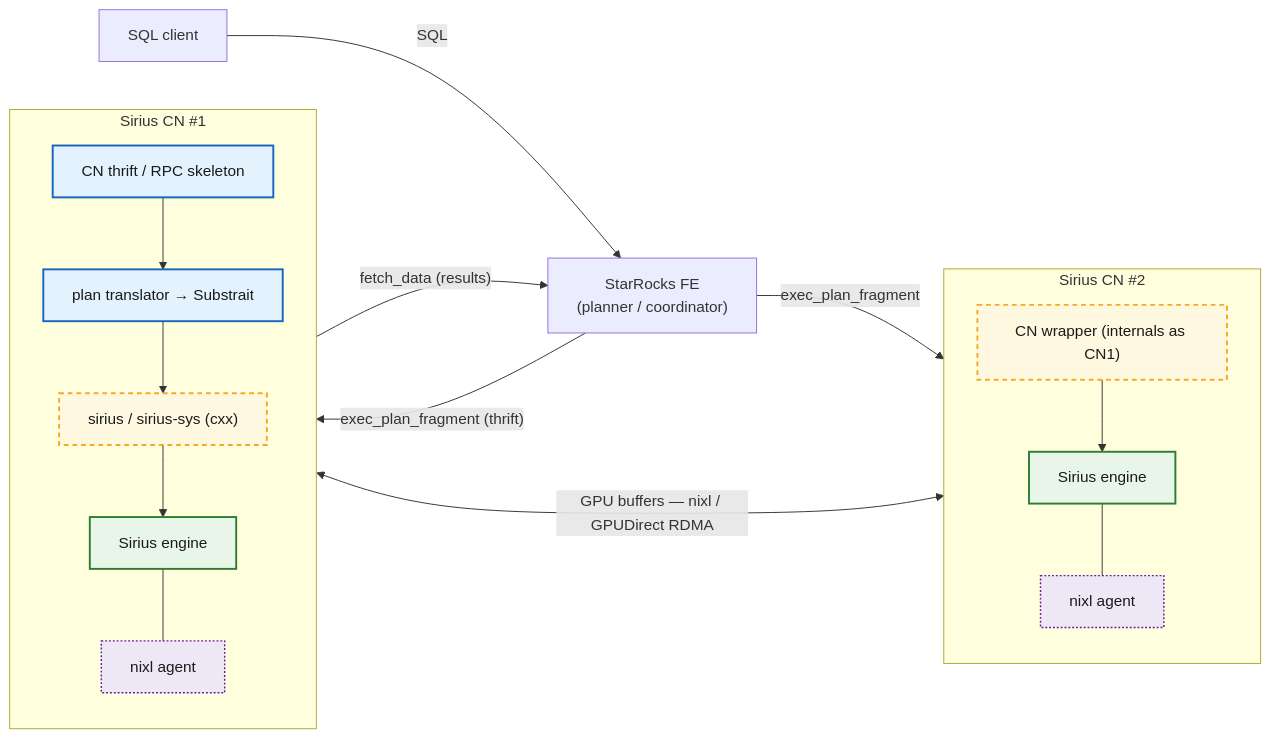
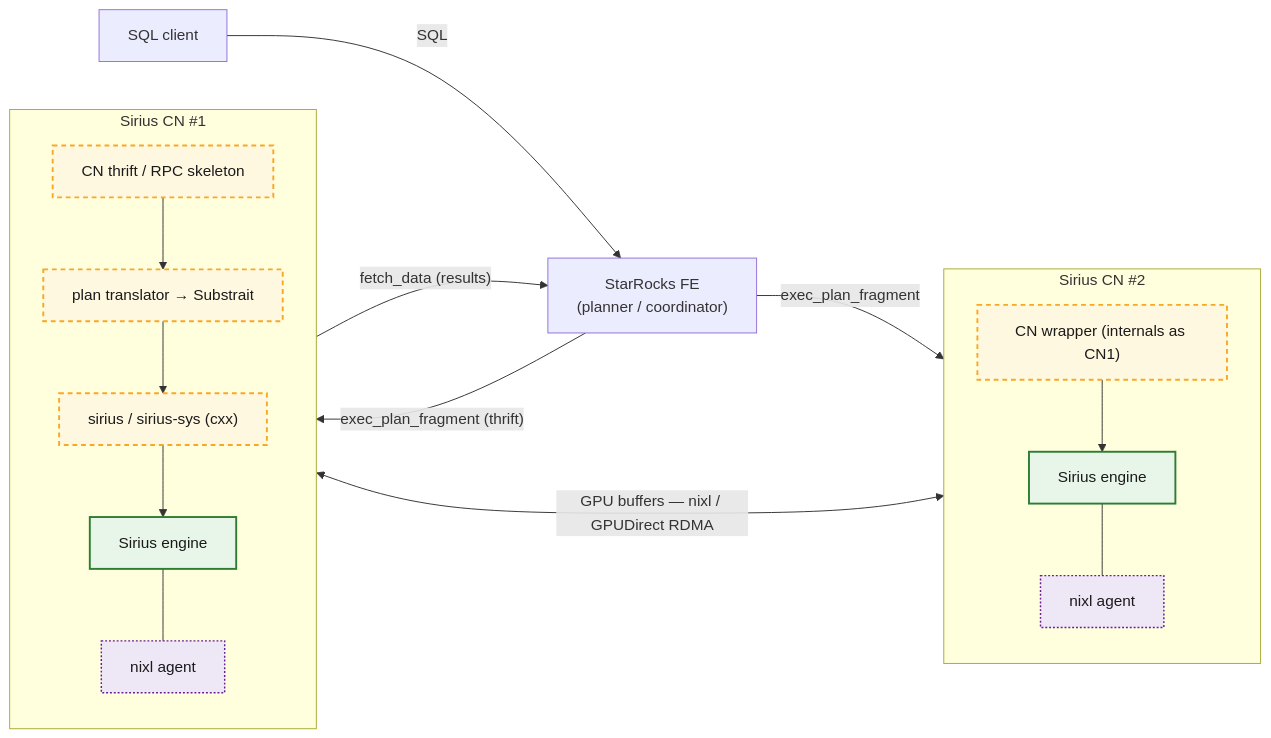
Before and after one commit to sirius-db/sirius: the third of 11 diagrams in experimental/starrocks/docs/exchange-design.md, drawn with Mermaid. The commit also changed other lines of this file, not shown here.

First line of the commit message:
docs(starrocks): drop volatile status (issue table and merged shade)

````diff
--- a/experimental/starrocks/docs/exchange-design.md
+++ b/experimental/starrocks/docs/exchange-design.md
@@ -81,32 +77,31 @@
 ```mermaid
 flowchart LR
   client["SQL client"]
   fe["StarRocks FE<br/>(planner / coordinator)"]
   client -->|"SQL"| fe
   subgraph CN1["Sirius CN #1"]
     direction TB
-    w1["CN thrift / RPC skeleton"]:::merged
-    t1["plan translator → Substrait"]:::merged
+    w1["CN thrift / RPC skeleton"]:::proposed
+    t1["plan translator → Substrait"]:::proposed
     b1["sirius / sirius-sys (cxx)"]:::proposed
     e1["Sirius engine"]:::exists
     nx1["nixl agent"]:::priorart
     w1 --> t1 --> b1 --> e1
     e1 --- nx1
   end
   subgraph CN2["Sirius CN #2"]
     direction TB
     w2["CN wrapper (internals as CN1)"]:::proposed
     e2["Sirius engine"]:::exists
     nx2["nixl agent"]:::priorart
     w2 --> e2
     e2 --- nx2
   end
   fe -->|"exec_plan_fragment (thrift)"| w1
   fe -->|"exec_plan_fragment"| w2
   nx1 <-->|"GPU buffers — nixl / GPUDirect RDMA"| nx2
   e1 -->|"fetch_data (results)"| fe
   classDef exists fill:#e8f5e9,stroke:#2e7d32,stroke-width:2px,color:#1a1a1a;
   classDef proposed fill:#fff8e1,stroke:#f9a825,stroke-width:2px,stroke-dasharray:5 4,color:#1a1a1a;
   classDef priorart fill:#ede7f6,stroke:#6a1b9a,stroke-width:1.5px,stroke-dasharray:2 2,color:#1a1a1a;
-  classDef merged fill:#e3f2fd,stroke:#1565c0,stroke-width:2px,color:#1a1a1a;
 ```
````
